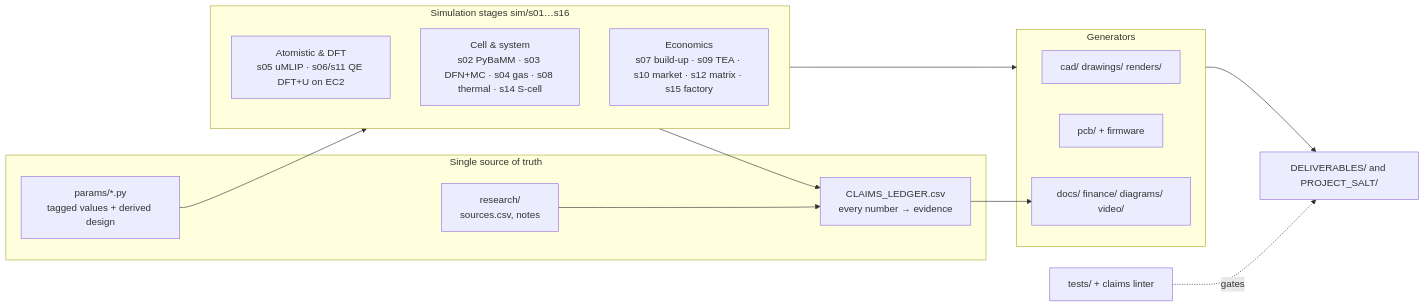
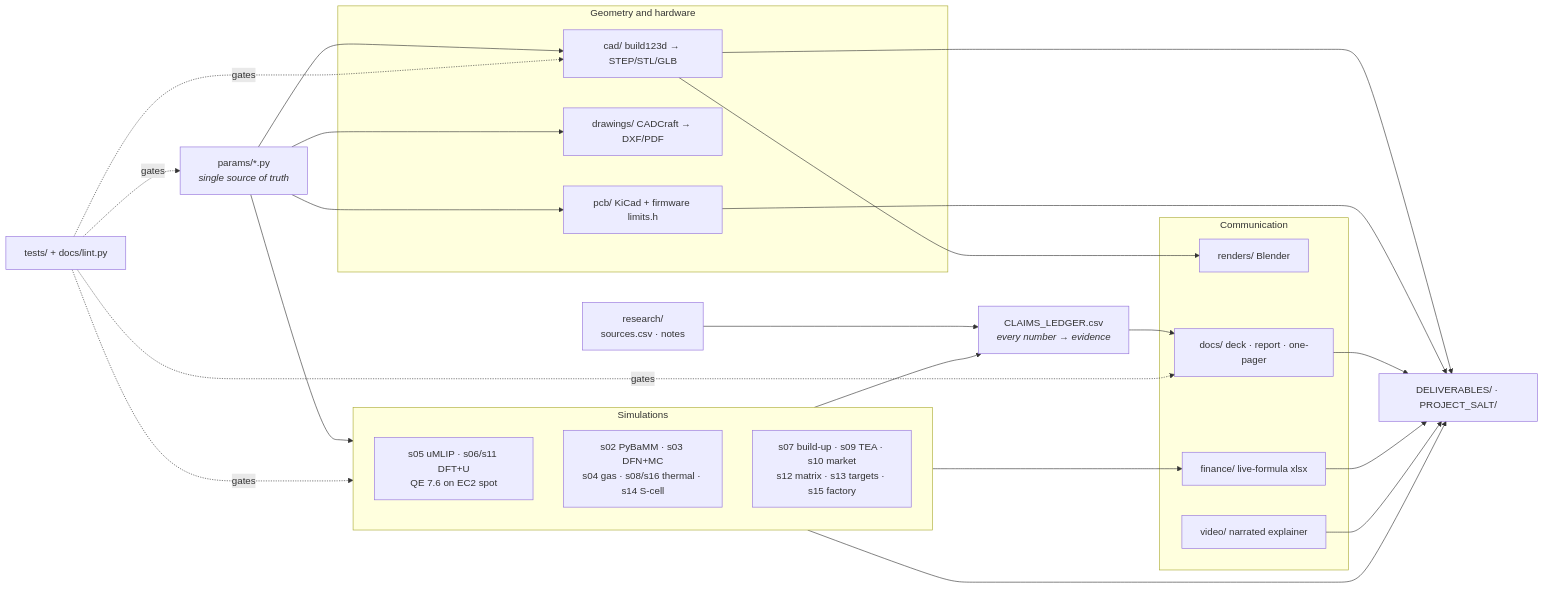
The diagram in README.md (sinhaaditya5/salt-battery-lab), drawn with Mermaid before and after one commit. The commit also changed other lines of this file, not shown here.

````diff
--- a/README.md
+++ b/README.md
@@ -107,26 +164,36 @@
 ```mermaid
 flowchart LR
-    subgraph SRC["Single source of truth"]
-        P["params/*.py<br/>tagged values + derived design"]
-        L["CLAIMS_LEDGER.csv<br/>every number → evidence"]
-        R["research/<br/>sources.csv, notes"]
+    P["params/*.py<br/><i>single source of truth</i>"]
+    L["CLAIMS_LEDGER.csv<br/><i>every number → evidence</i>"]
+    R["research/<br/>sources.csv · notes"]
+
+    subgraph SIM [Simulations]
+        A[s05 uMLIP · s06/s11 DFT+U<br/>QE 7.6 on EC2 spot]
+        C[s02 PyBaMM · s03 DFN+MC<br/>s04 gas · s08/s16 thermal · s14 S-cell]
+        E[s07 build-up · s09 TEA · s10 market<br/>s12 matrix · s13 targets · s15 factory]
     end
-    subgraph SIM["Simulation stages sim/s01…s16"]
-        A["Atomistic & DFT<br/>s05 uMLIP · s06/s11 QE DFT+U on EC2"]
-        C["Cell & system<br/>s02 PyBaMM · s03 DFN+MC · s04 gas · s08 thermal · s14 S-cell"]
-        E["Economics<br/>s07 build-up · s09 TEA · s10 market · s12 matrix · s15 factory"]
+    subgraph GEO [Geometry and hardware]
+        CAD[cad/ build123d → STEP/STL/GLB]
+        DWG[drawings/ CADCraft → DXF/PDF]
+        PCB[pcb/ KiCad + firmware limits.h]
     end
-    subgraph GEN["Generators"]
-        CAD["cad/ drawings/ renders/"]
-        PCB["pcb/ + firmware"]
-        DOC["docs/ finance/ diagrams/ video/"]
+    subgraph OUT [Communication]
+        RND[renders/ Blender]
+        DOC[docs/ deck · report · one-pager]
+        FIN[finance/ live-formula xlsx]
+        VID[video/ narrated explainer]
     end
-    T["tests/ + claims linter"]
-    OUT["DELIVERABLES/ and PROJECT_SALT/"]
-    P --> SIM --> GEN
+    T["tests/ + docs/lint.py"]
+    PK["DELIVERABLES/ · PROJECT_SALT/"]
+
+    P --> SIM
+    P --> CAD --> RND
+    P --> DWG
+    P --> PCB
     R --> L
     SIM --> L
-    GEN --> OUT
+    SIM --> FIN
     L --> DOC
-    T -. gates .-> OUT
+    SIM & CAD & PCB & DOC & FIN & VID --> PK
+    T -. gates .-> P & SIM & CAD & DOC
 ```
````
